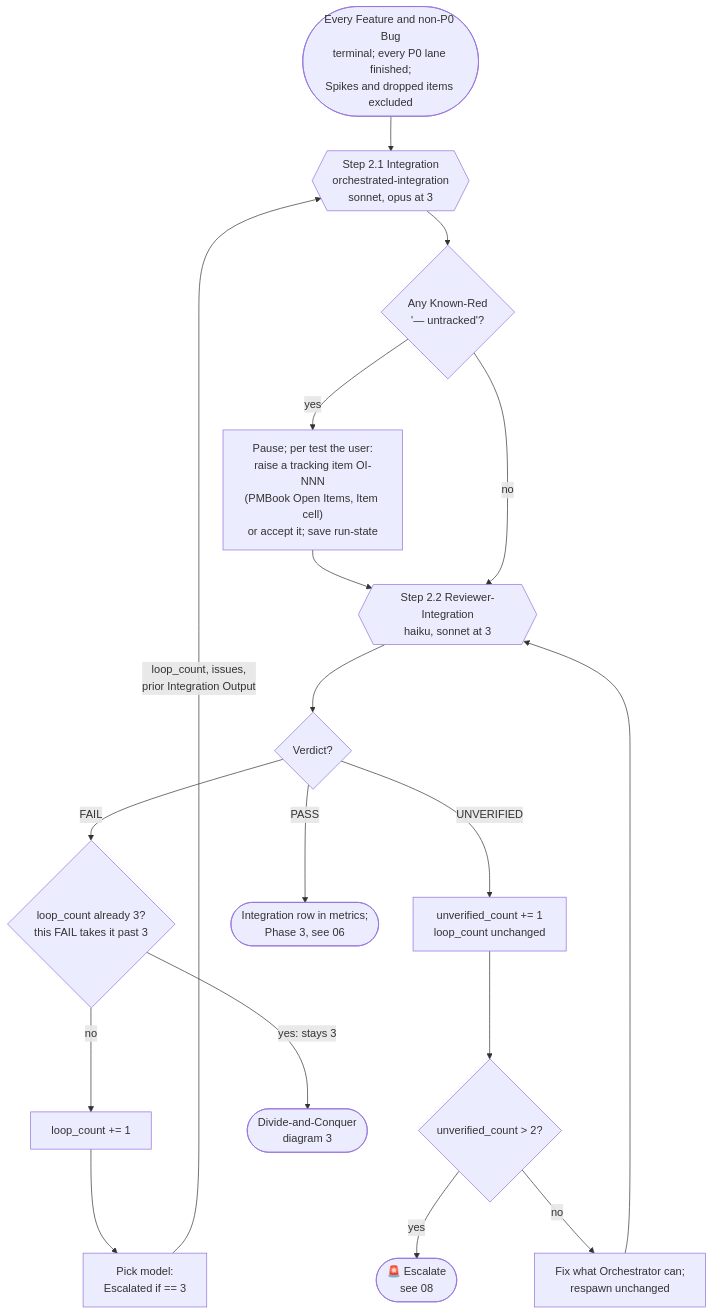
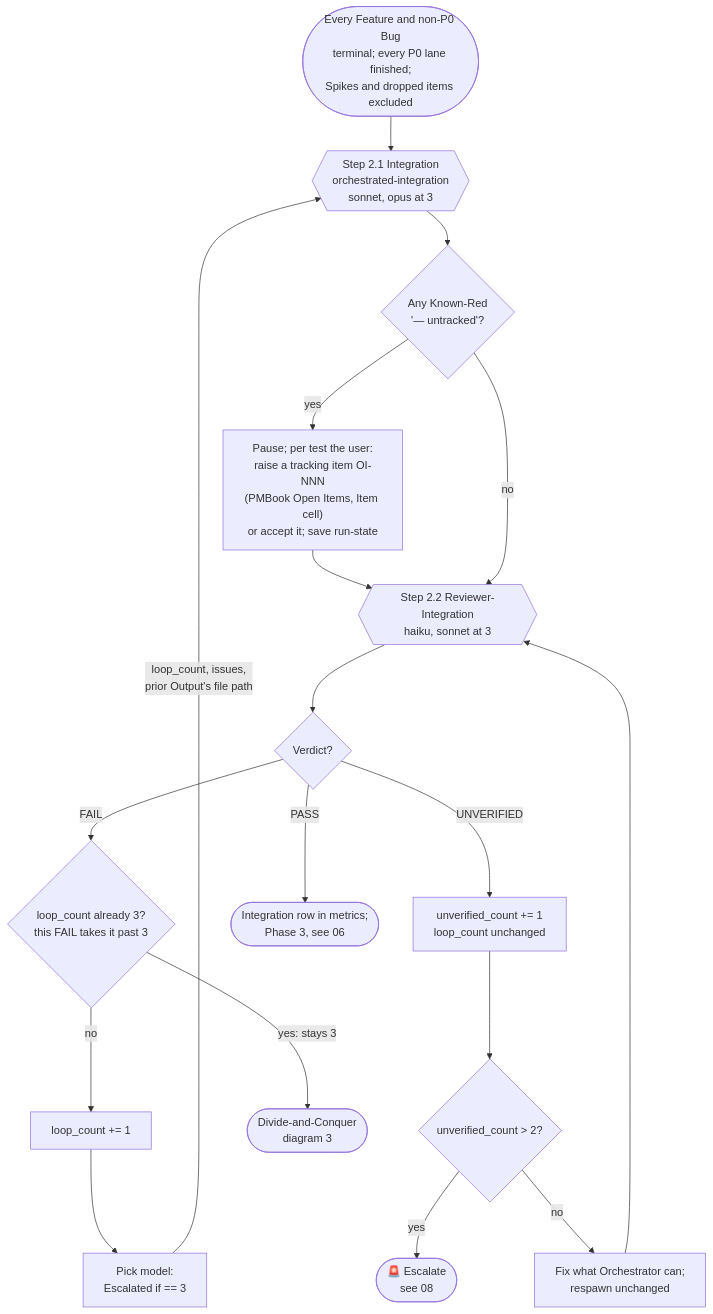
One commit to muhammedalikhan86/claude-stash changed the first of 3 diagrams in skills/orchestrator-development-pattern/mermaid/05-phase2-integration.md. Above: the diagram before and after it, drawn with Mermaid. The commit also changed other lines of this file and 32 other files, not shown here.

````diff
--- a/skills/orchestrator-development-pattern/mermaid/05-phase2-integration.md
+++ b/skills/orchestrator-development-pattern/mermaid/05-phase2-integration.md
@@ -9,31 +9,31 @@
 ```mermaid
 flowchart TD
     In(["Every Feature and non-P0 Bug<br/>terminal; every P0 lane finished;<br/>Spikes and dropped items excluded"])
     Int{{"Step 2.1 Integration<br/>orchestrated-integration<br/>sonnet, opus at 3"}}
     KR{"Any Known-Red<br/>'— untracked'?"}
     Ask["Pause; per test the user:<br/>raise a tracking item OI-NNN<br/>(PMBook Open Items, Item cell)<br/>or accept it; save run-state"]
     RI{{"Step 2.2 Reviewer-Integration<br/>haiku, sonnet at 3"}}
     V{"Verdict?"}
     LC["loop_count += 1"]
     Max{"loop_count already 3?<br/>this FAIL takes it past 3"}
     Model["Pick model:<br/>Escalated if == 3"]
     UV["unverified_count += 1<br/>loop_count unchanged"]
     UVMax{"unverified_count > 2?"}
     Fix["Fix what Orchestrator can;<br/>respawn unchanged"]
     DC(["Divide-and-Conquer<br/>diagram 3"])
     Esc(["🚨 Escalate<br/>see 08"])
     P3(["Integration row in metrics;<br/>Phase 3, see 06"])
 
     In --> Int --> KR
     KR -->|yes| Ask --> RI
     KR -->|no| RI
     RI --> V
     V -->|PASS| P3
     V -->|FAIL| Max
     V -->|UNVERIFIED| UV --> UVMax
     Max -->|"yes: stays 3"| DC
     Max -->|no| LC --> Model
-    Model -->|"loop_count, issues,<br/>prior Integration Output"| Int
+    Model -->|"loop_count, issues,<br/>prior Output's file path"| Int
     UVMax -->|yes| Esc
     UVMax -->|no| Fix --> RI
 ```
````
